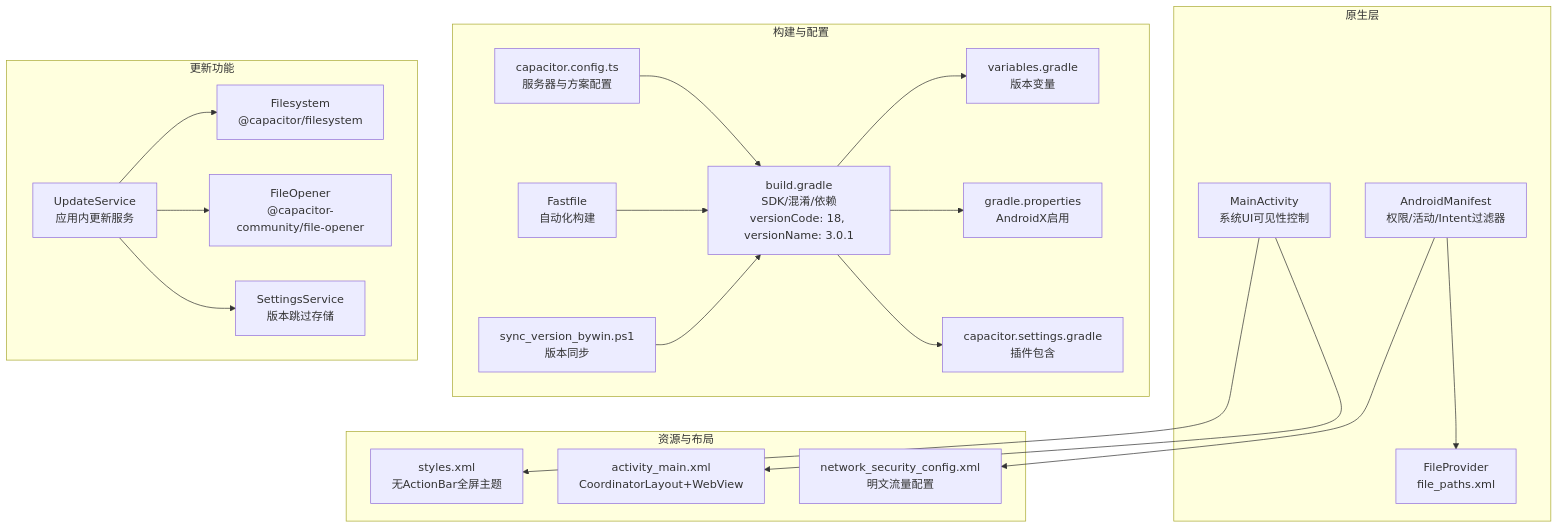
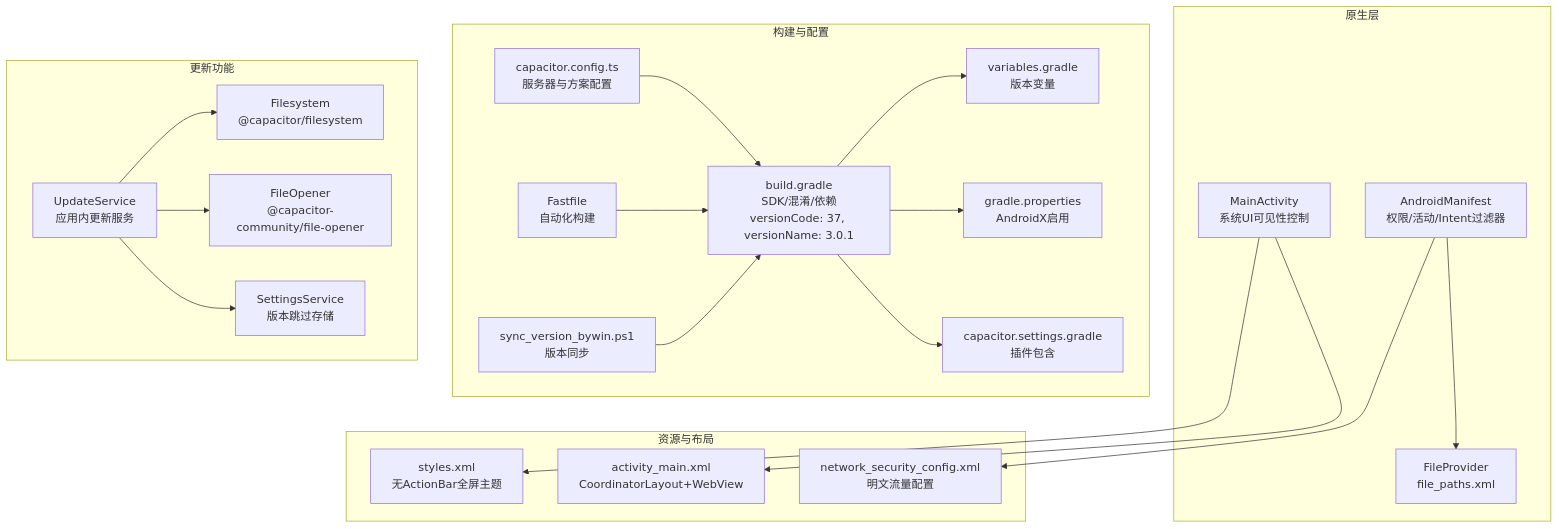
The second of 11 diagrams in .qoder/repowiki/zh/content/原生平台集成/Android平台集成.md (tea4go/Macro-Deck-Client-App), drawn with Mermaid before and after one commit. The commit also changed other lines of this file and 39 other files, not shown here.

````diff
--- a/.qoder/repowiki/zh/content/原生平台集成/Android平台集成.md
+++ b/.qoder/repowiki/zh/content/原生平台集成/Android平台集成.md
@@ -160,41 +162,41 @@
 ```mermaid
 graph TB
 subgraph "原生层"
 MA["MainActivity<br/>系统UI可见性控制"]
 AM["AndroidManifest<br/>权限/活动/Intent过滤器"]
 FP["FileProvider<br/>file_paths.xml"]
 end
 subgraph "资源与布局"
 ST["styles.xml<br/>无ActionBar全屏主题"]
 AL["activity_main.xml<br/>CoordinatorLayout+WebView"]
 NSC["network_security_config.xml<br/>明文流量配置"]
 end
 subgraph "构建与配置"
-BG["build.gradle<br/>SDK/混淆/依赖<br/>versionCode: 18, versionName: 3.0.1"]
+BG["build.gradle<br/>SDK/混淆/依赖<br/>versionCode: 37, versionName: 3.0.1"]
 VG["variables.gradle<br/>版本变量"]
 GP["gradle.properties<br/>AndroidX启用"]
 CS["capacitor.settings.gradle<br/>插件包含"]
 SC["capacitor.config.ts<br/>服务器与方案配置"]
 FL["Fastfile<br/>自动化构建"]
 SV["sync_version_bywin.ps1<br/>版本同步"]
 end
 subgraph "更新功能"
 US["UpdateService<br/>应用内更新服务"]
 FS["Filesystem<br/>@capacitor/filesystem"]
 FO["FileOpener<br/>@capacitor-community/file-opener"]
 SS["SettingsService<br/>版本跳过存储"]
 end
 MA --> ST
 MA --> AL
 AM --> FP
 AM --> NSC
 BG --> VG
 BG --> GP
 BG --> CS
 SC --> BG
 FL --> BG
 SV --> BG
 US --> FS
 US --> FO
 US --> SS
 ```
````
